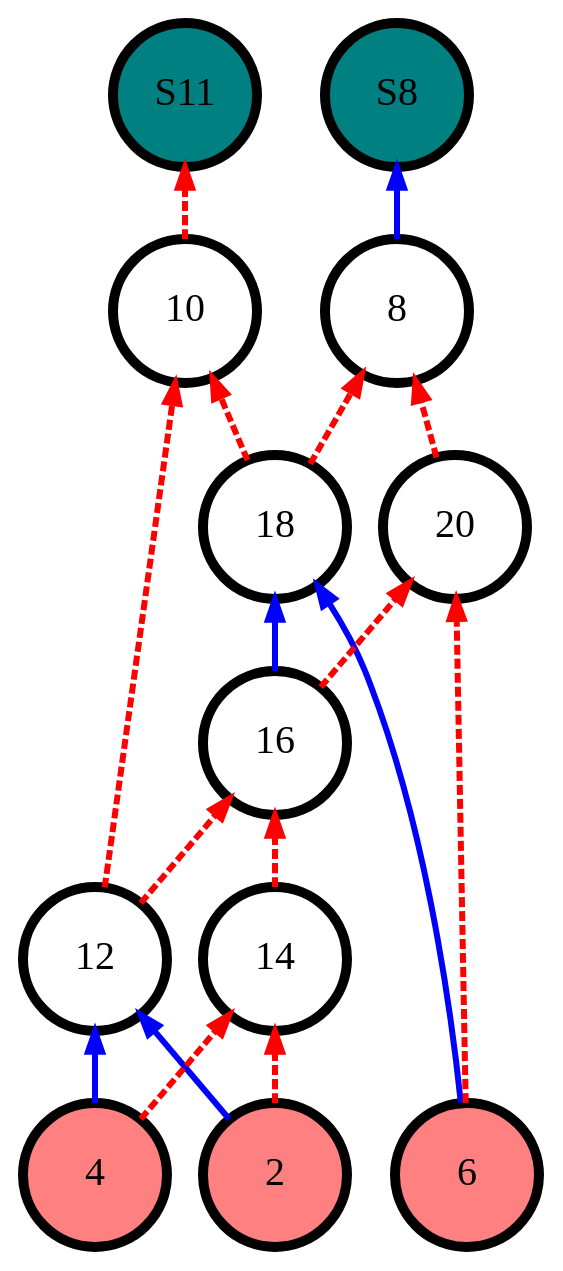
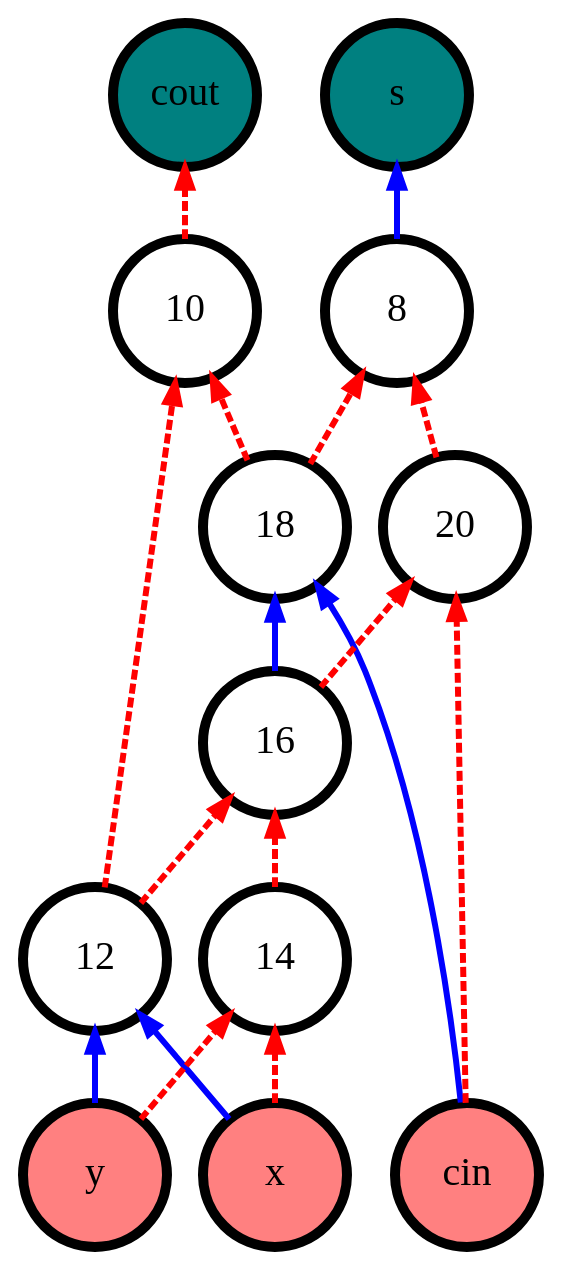
The diagram in Debug/fulladder.dot (LucasAlegre/AIG), drawn with Graphviz before and after one commit. The commit also changed 25 other files, not shown here.

```diff
--- a/Debug/fulladder.dot
+++ b/Debug/fulladder.dot
@@ -1,33 +1,33 @@
 digraph aig {
-"2" [shape=circle, height=1, width=1, penwidth=5 style=filled, fillcolor="#ff8080", fontsize=20]
-"4" [shape=circle, height=1, width=1, penwidth=5 style=filled, fillcolor="#ff8080", fontsize=20]
-"6" [shape=circle, height=1, width=1, penwidth=5 style=filled, fillcolor="#ff8080", fontsize=20]
+"x" [shape=circle, height=1, width=1, penwidth=5 style=filled, fillcolor="#ff8080", fontsize=20]
+"y" [shape=circle, height=1, width=1, penwidth=5 style=filled, fillcolor="#ff8080", fontsize=20]
+"cin" [shape=circle, height=1, width=1, penwidth=5 style=filled, fillcolor="#ff8080", fontsize=20]
 "12" [shape=circle, height=1, width=1, penwidth=5 style=filled, fillcolor="#ffffff", fontsize=20]
 "14" [shape=circle, height=1, width=1, penwidth=5 style=filled, fillcolor="#ffffff", fontsize=20]
 "16" [shape=circle, height=1, width=1, penwidth=5 style=filled, fillcolor="#ffffff", fontsize=20]
 "18" [shape=circle, height=1, width=1, penwidth=5 style=filled, fillcolor="#ffffff", fontsize=20]
 "10" [shape=circle, height=1, width=1, penwidth=5 style=filled, fillcolor="#ffffff", fontsize=20]
 "20" [shape=circle, height=1, width=1, penwidth=5 style=filled, fillcolor="#ffffff", fontsize=20]
 "8" [shape=circle, height=1, width=1, penwidth=5 style=filled, fillcolor="#ffffff", fontsize=20]
-"S8" [shape=circle, height=1, width=1, penwidth=5 style=filled, fillcolor="#008080", fontsize=20]
-"S11" [shape=circle, height=1, width=1, penwidth=5 style=filled, fillcolor="#008080", fontsize=20]
-"2" -> "12" [penwidth = 3, color=blue]
-"4" -> "12" [penwidth = 3, color=blue]
-"2" -> "14" [penwidth = 3, color=red, style=dashed]
-"4" -> "14" [penwidth = 3, color=red, style=dashed]
+"s" [shape=circle, height=1, width=1, penwidth=5 style=filled, fillcolor="#008080", fontsize=20]
+"cout" [shape=circle, height=1, width=1, penwidth=5 style=filled, fillcolor="#008080", fontsize=20]
+"x" -> "12" [penwidth = 3, color=blue]
+"y" -> "12" [penwidth = 3, color=blue]
+"x" -> "14" [penwidth = 3, color=red, style=dashed]
+"y" -> "14" [penwidth = 3, color=red, style=dashed]
 "12" -> "16" [penwidth = 3, color=red, style=dashed]
 "14" -> "16" [penwidth = 3, color=red, style=dashed]
 "16" -> "18" [penwidth = 3, color=blue]
-"6" -> "18" [penwidth = 3, color=blue]
+"cin" -> "18" [penwidth = 3, color=blue]
 "18" -> "10" [penwidth = 3, color=red, style=dashed]
 "12" -> "10" [penwidth = 3, color=red, style=dashed]
 "16" -> "20" [penwidth = 3, color=red, style=dashed]
-"6" -> "20" [penwidth = 3, color=red, style=dashed]
+"cin" -> "20" [penwidth = 3, color=red, style=dashed]
 "20" -> "8" [penwidth = 3, color=red, style=dashed]
 "18" -> "8" [penwidth = 3, color=red, style=dashed]
-"8" -> "S8" [penwidth = 3, color=blue]
-"10" -> "S11" [penwidth = 3, color=red, style=dashed]
-{ rank=source; "2" "4" "6" }
-{ rank=since; "S8" "S11" }
+"8" -> "s" [penwidth = 3, color=blue]
+"10" -> "cout" [penwidth = 3, color=red, style=dashed]
+{ rank=source; "x" "y" "cin" }
+{ rank=since; "s" "cout" }
 rankdir="BT"
 }
```
